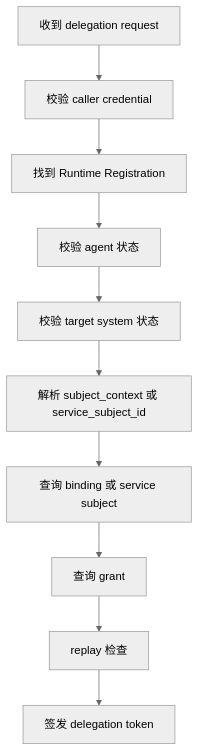
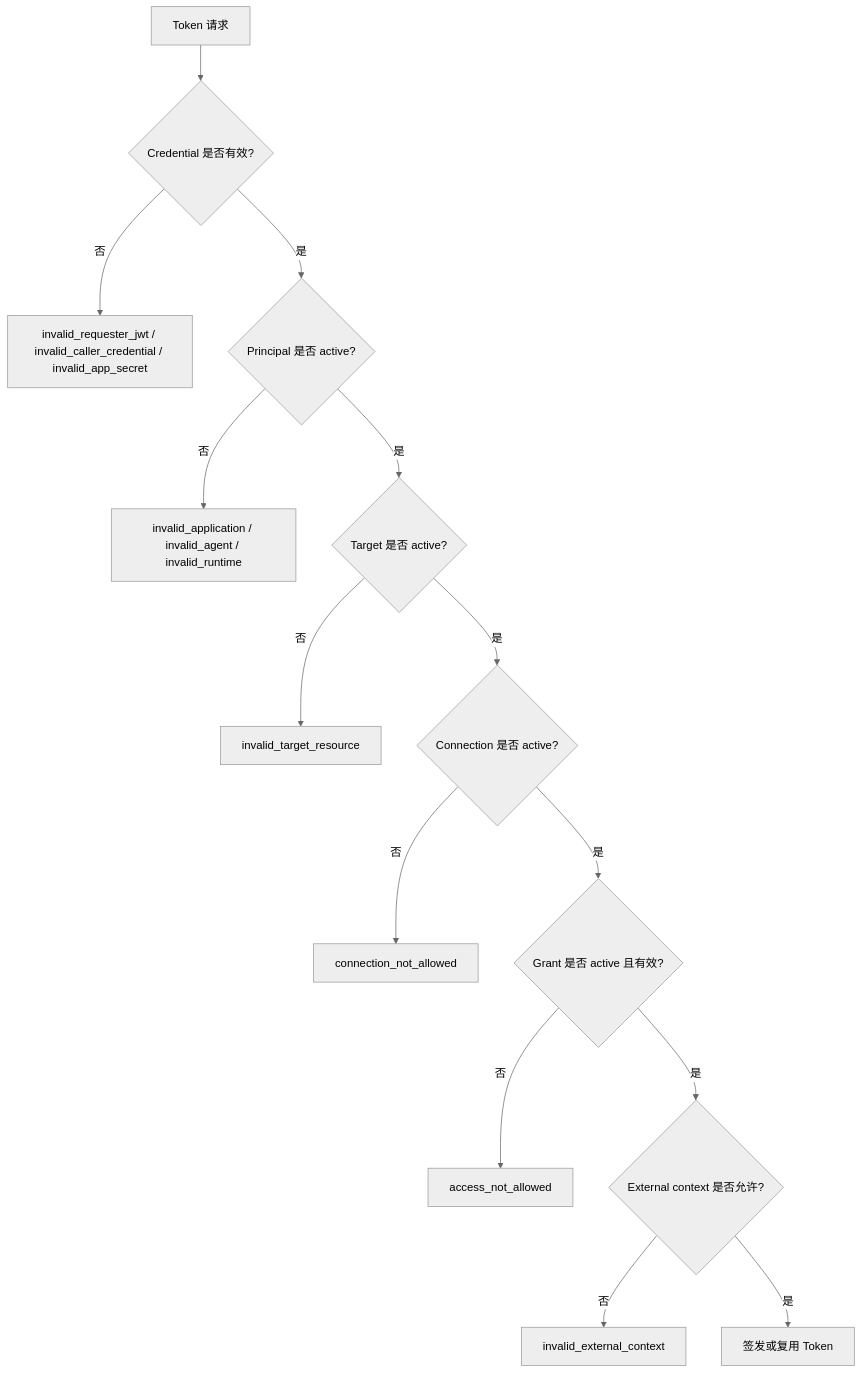
One commit to renxqoo/Authany changed the fifth of 6 diagrams in specs/15-ALL-FLOWS.md. Above: the diagram before and after it, drawn with Mermaid (neutral theme). The commit also changed other lines of this file and 310 other files, not shown here.

Commit message:
feat: harden security flows and reorganize example apps

````diff
--- a/specs/15-ALL-FLOWS.md
+++ b/specs/15-ALL-FLOWS.md
@@ -153,12 +97,16 @@
 ```mermaid
 flowchart TD
-    A["收到 delegation request"] --> B["校验 caller credential"]
-    B --> C["找到 Runtime Registration"]
-    C --> D["校验 agent 状态"]
-    D --> E["校验 target system 状态"]
-    E --> F["解析 subject_context 或 service_subject_id"]
-    F --> G["查询 binding 或 service subject"]
-    G --> H["查询 grant"]
-    H --> I["replay 检查"]
-    I --> J["签发 delegation token"]
+    A["Token 请求"] --> B{"Credential 是否有效?"}
+    B -- "否" --> E0["invalid_requester_jwt / invalid_caller_credential / invalid_app_secret"]
+    B -- "是" --> C{"Principal 是否 active?"}
+    C -- "否" --> E2["invalid_application / invalid_agent / invalid_runtime"]
+    C -- "是" --> D{"Target 是否 active?"}
+    D -- "否" --> E3["invalid_target_resource"]
+    D -- "是" --> F{"Connection 是否 active?"}
+    F -- "否" --> E4["connection_not_allowed"]
+    F -- "是" --> G{"Grant 是否 active 且有效?"}
+    G -- "否" --> E5["access_not_allowed"]
+    G -- "是" --> H{"External context 是否允许?"}
+    H -- "否" --> E6["invalid_external_context"]
+    H -- "是" --> I["签发或复用 Token"]
 ```
````
